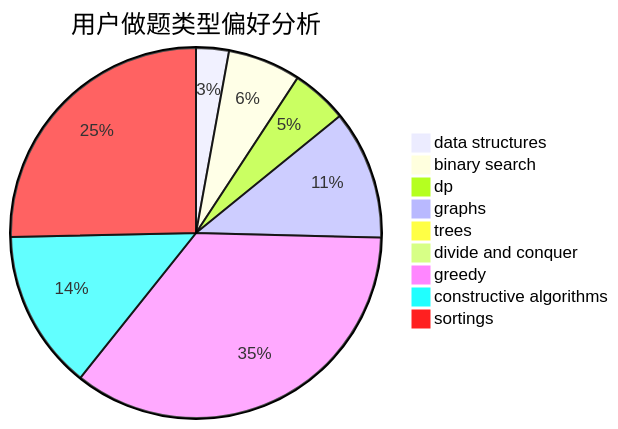
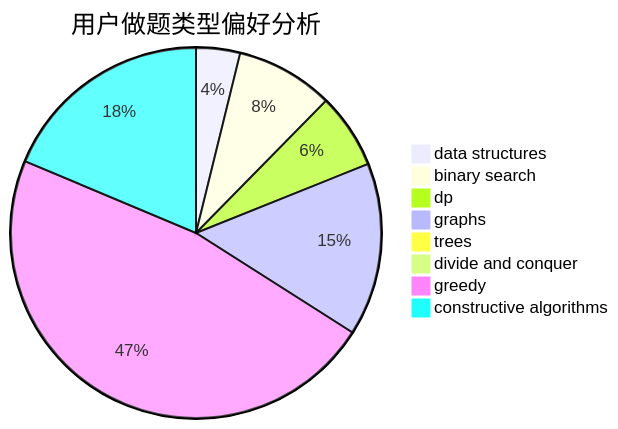
Before and after one commit to sherpahu/cfrs.github.io: the second of 3 diagrams in docs/user/u50.md, drawn with Mermaid. The commit also changed other lines of this file and 2769 other files, not shown here.

````diff
--- a/docs/user/u50.md
+++ b/docs/user/u50.md
@@ -18,12 +18,11 @@
 ```mermaid
 pie title 用户做题类型偏好分析
     "data structures" :  45
     "binary search" :  100
     "dp" :  77
     "graphs" :  177
     "trees" :  11
     "divide and conquer" :  9
     "greedy" :  555
     "constructive algorithms" :  219
-    "sortings" :  398
 ```
````
